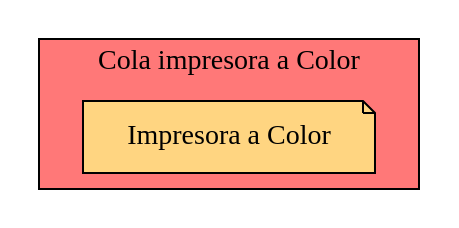
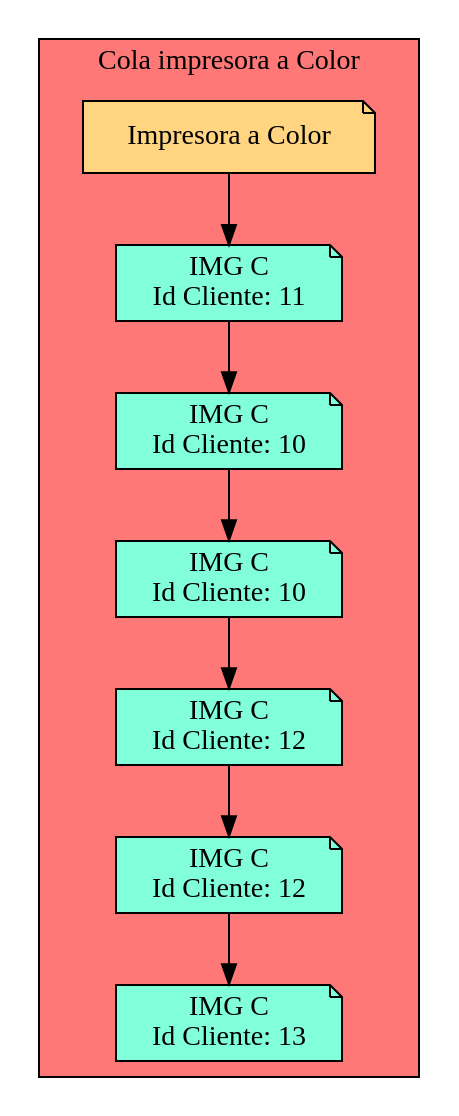
The diagram in Cola_Print_color.dot (Serch-ING/EDD_UDRAWING_202000119), drawn with Graphviz before and after one commit. The commit also changed 23 other files, not shown here.

```diff
--- a/Cola_Print_color.dot
+++ b/Cola_Print_color.dot
@@ -1,6 +1,29 @@
 digraph L {
 node[shape=note fillcolor="#A181FF" style =filled]
 subgraph cluster_p{
     label= " Cola impresora a Color "
  raiz[label = "Impresora a Color" fillcolor="#FFD581" ]    bgcolor = "#FF7878"
+Nodo148626113[label="IMG C 
+Id Cliente: 11",fillcolor="#81FFDA"]
+Nodo1847637306[label="IMG C 
+Id Cliente: 10",fillcolor="#81FFDA"]
+Nodo1904253191[label="IMG C 
+Id Cliente: 10",fillcolor="#81FFDA"]
+Nodo1666607455[label="IMG C 
+Id Cliente: 12",fillcolor="#81FFDA"]
+Nodo1327006586[label="IMG C 
+Id Cliente: 12",fillcolor="#81FFDA"]
+Nodo1045997582[label="IMG C 
+Id Cliente: 13",fillcolor="#81FFDA"]
+
+raiz->Nodo148626113
+Nodo148626113 -> Nodo1847637306
+
+Nodo1847637306 -> Nodo1904253191
+
+Nodo1904253191 -> Nodo1666607455
+
+Nodo1666607455 -> Nodo1327006586
+
+Nodo1327006586 -> Nodo1045997582
 }}
```
